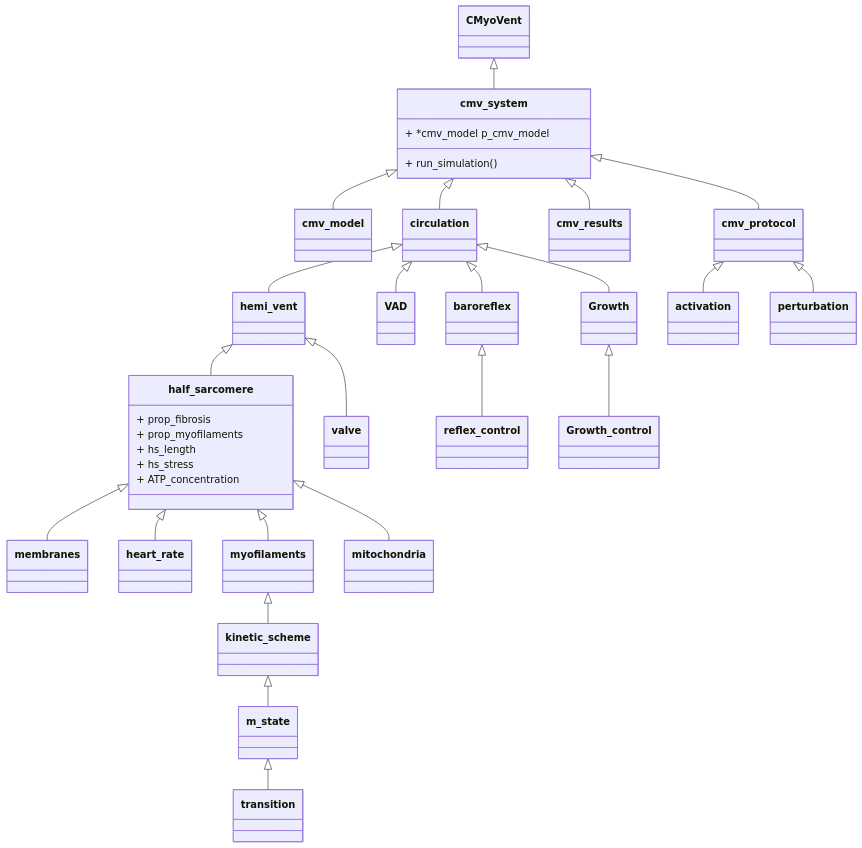
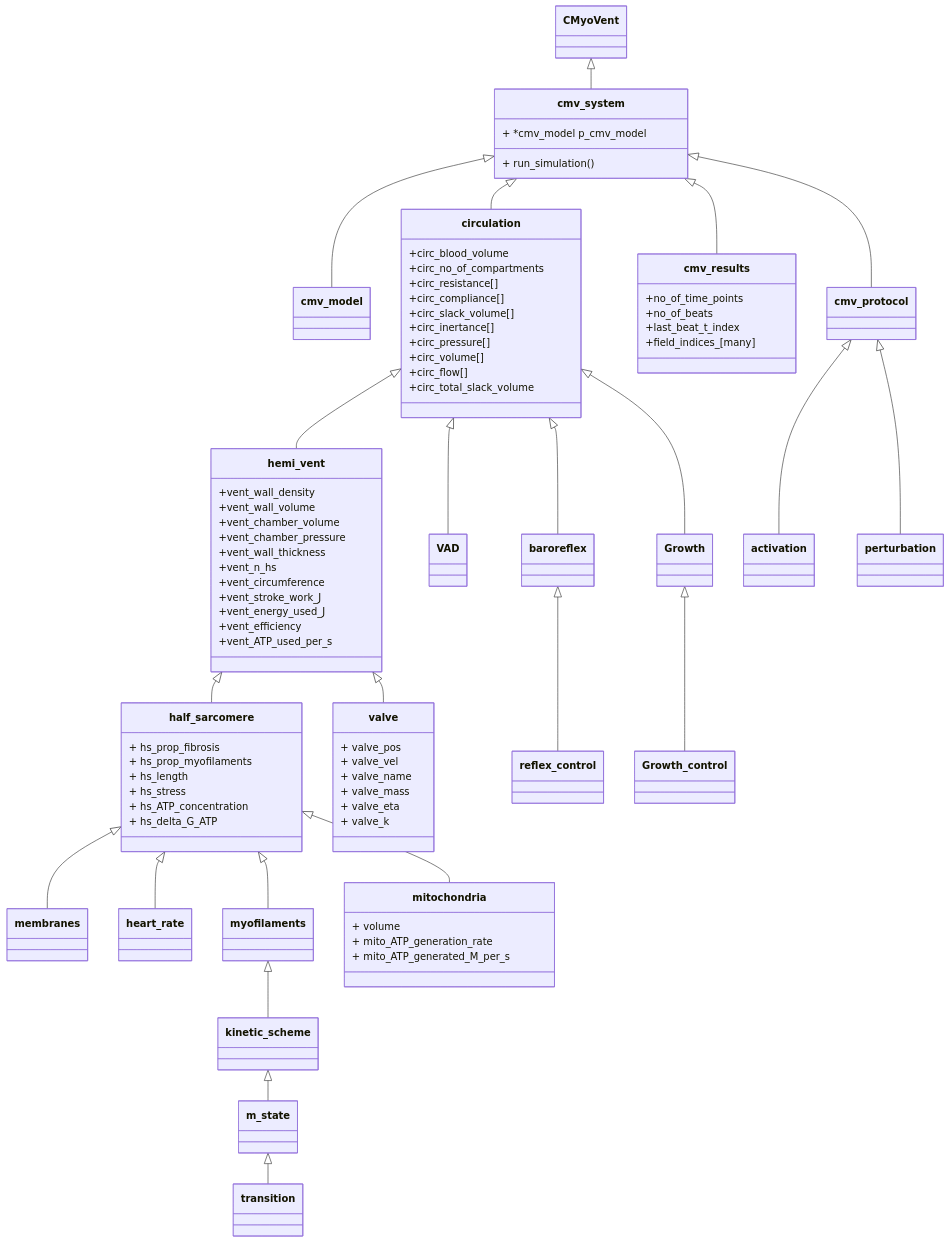
One commit to Campbell-Muscle-Lab/MyoVent changed the diagram in README.md. Above: the diagram before and after it, drawn with Mermaid.

`````diff
--- a/README.md
+++ b/README.md
@@ -3,40 +3,79 @@
 ````mermaid
 
 classDiagram
 
     CMyoVent <|-- cmv_system
     cmv_system <|-- cmv_model
     cmv_system <|-- cmv_protocol
     cmv_system <|-- cmv_results
     cmv_system <|-- circulation
     circulation <|-- hemi_vent
     circulation <|-- VAD
     circulation <|-- baroreflex
     circulation <|-- Growth
     hemi_vent <|-- half_sarcomere
     hemi_vent <|-- valve
     half_sarcomere <|-- membranes
     half_sarcomere <|-- heart_rate
     half_sarcomere <|-- myofilaments
     half_sarcomere <|-- mitochondria
     myofilaments <|--kinetic_scheme
     kinetic_scheme <|-- m_state
     m_state <|-- transition
     baroreflex <|-- reflex_control
     Growth <|-- Growth_control
     cmv_protocol <|-- activation
     cmv_protocol <|-- perturbation
     
     cmv_system: + *cmv_model p_cmv_model
     cmv_system: + run_simulation()
 
-    half_sarcomere: + prop_fibrosis
-    half_sarcomere: + prop_myofilaments
+    circulation: +circ_blood_volume
+    circulation: +circ_no_of_compartments
+    circulation: +circ_resistance[]
+    circulation: +circ_compliance[]
+    circulation: +circ_slack_volume[]
+    circulation: +circ_inertance[]
+    circulation: +circ_pressure[]
+    circulation: +circ_volume[]
+    circulation: +circ_flow[]
+    circulation: +circ_total_slack_volume
+
+    cmv_results: +no_of_time_points
+    cmv_results: +no_of_beats
+    cmv_results: +last_beat_t_index
+    cmv_results: +field_indices_[many]
+
+    hemi_vent: +vent_wall_density
+    hemi_vent: +vent_wall_volume
+    hemi_vent: +vent_chamber_volume
+    hemi_vent: +vent_chamber_pressure
+    hemi_vent: +vent_wall_thickness
+    hemi_vent: +vent_n_hs
+    hemi_vent: +vent_circumference
+    hemi_vent: +vent_stroke_work_J
+    hemi_vent: +vent_energy_used_J
+    hemi_vent: +vent_efficiency
+    hemi_vent: +vent_ATP_used_per_s
+
+    half_sarcomere: + hs_prop_fibrosis
+    half_sarcomere: + hs_prop_myofilaments
     half_sarcomere: + hs_length
     half_sarcomere: + hs_stress
-    half_sarcomere: + ATP_concentration
+    half_sarcomere: + hs_ATP_concentration
+    half_sarcomere: + hs_delta_G_ATP
 
+    valve: + valve_pos
+    valve: + valve_vel
+    valve: + valve_name
+    valve: + valve_mass
+    valve: + valve_eta
+    valve: + valve_k
+
+    mitochondria: + volume
+    mitochondria: + mito_ATP_generation_rate
+    mitochondria: + mito_ATP_generated_M_per_s
 
 
 
 ````
`````
